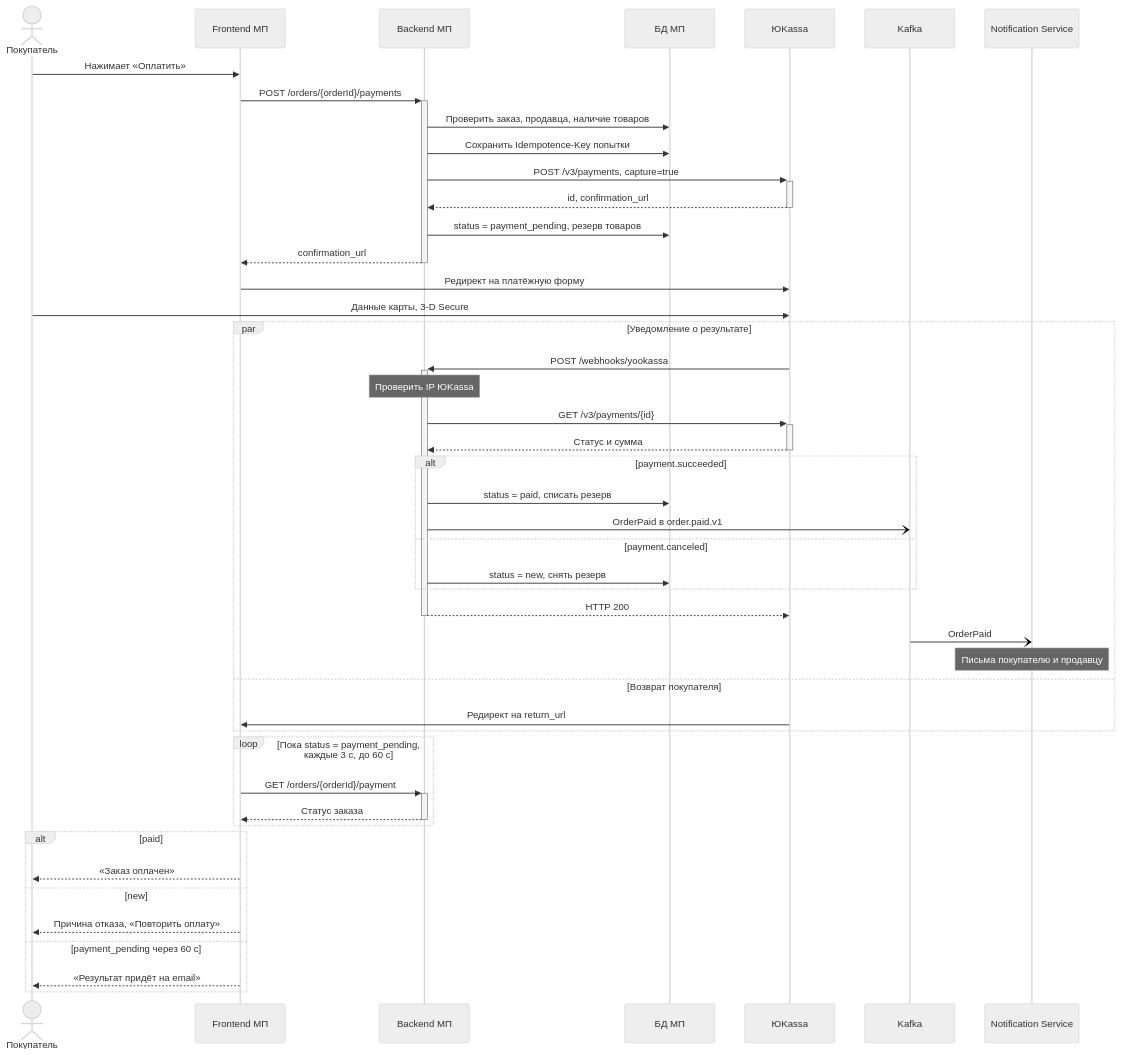
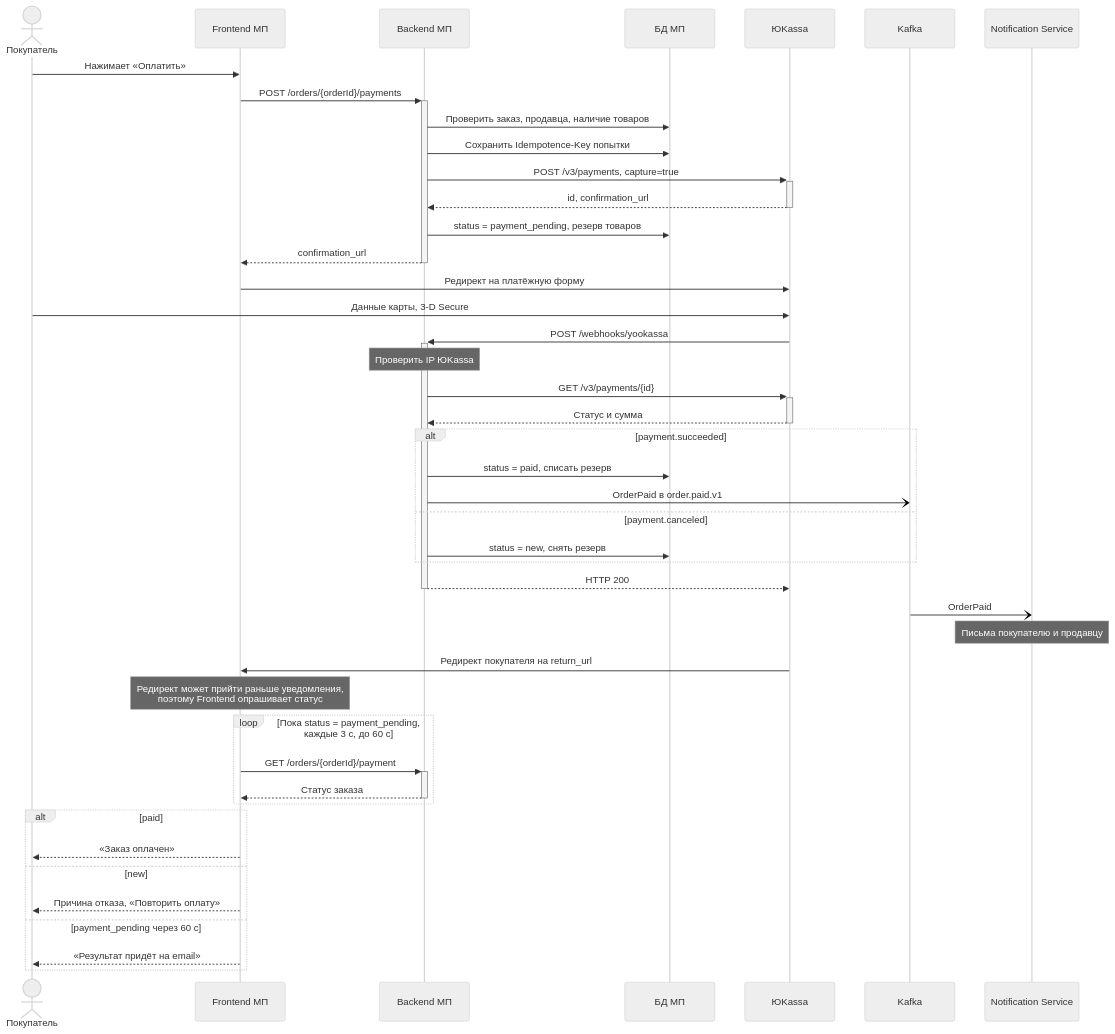
Before and after one commit to viiktoriia0990-del/system-analyst-portfolio: the diagram in payment-use-case/README.md, drawn with Mermaid (neutral theme). The commit also changed other lines of this file, not shown here.

Commit message:
payment use case

````diff
--- a/payment-use-case/README.md
+++ b/payment-use-case/README.md
@@ -401,52 +379,51 @@
 ```mermaid
 sequenceDiagram
     actor U as Покупатель
     participant F as Frontend МП
     participant B as Backend МП
     participant DB as БД МП
     participant Y as ЮKassa
     participant K as Kafka
     participant N as Notification Service
 
     U->>F: Нажимает «Оплатить»
     F->>+B: POST /orders/{orderId}/payments
     B->>DB: Проверить заказ, продавца, наличие товаров
     B->>DB: Сохранить Idempotence-Key попытки
     B->>+Y: POST /v3/payments, capture=true
     Y-->>-B: id, confirmation_url
     B->>DB: status = payment_pending, резерв товаров
     B-->>-F: confirmation_url
     F->>Y: Редирект на платёжную форму
     U->>Y: Данные карты, 3-D Secure
 
-    par Уведомление о результате
-        Y->>+B: POST /webhooks/yookassa
-        Note over B: Проверить IP ЮKassa
-        B->>+Y: GET /v3/payments/{id}
-        Y-->>-B: Статус и сумма
-        alt payment.succeeded
-            B->>DB: status = paid, списать резерв
-            B-)K: OrderPaid в order.paid.v1
-        else payment.canceled
-            B->>DB: status = new, снять резерв
-        end
-        B-->>-Y: HTTP 200
-        K-)N: OrderPaid
-        Note over N: Письма покупателю и продавцу
-    and Возврат покупателя
-        Y->>F: Редирект на return_url
+    Y->>+B: POST /webhooks/yookassa
+    Note over B: Проверить IP ЮKassa
+    B->>+Y: GET /v3/payments/{id}
+    Y-->>-B: Статус и сумма
+    alt payment.succeeded
+        B->>DB: status = paid, списать резерв
+        B-)K: OrderPaid в order.paid.v1
+    else payment.canceled
+        B->>DB: status = new, снять резерв
     end
+    B-->>-Y: HTTP 200
+    K-)N: OrderPaid
+    Note over N: Письма покупателю и продавцу
+
+    Y->>F: Редирект покупателя на return_url
+    Note over F: Редирект может прийти раньше уведомления,<br/>поэтому Frontend опрашивает статус
 
     loop Пока status = payment_pending, каждые 3 с, до 60 с
         F->>+B: GET /orders/{orderId}/payment
         B-->>-F: Статус заказа
     end
 
     alt paid
         F-->>U: «Заказ оплачен»
     else new
         F-->>U: Причина отказа, «Повторить оплату»
     else payment_pending через 60 с
         F-->>U: «Результат придёт на email»
     end
 ```
````
